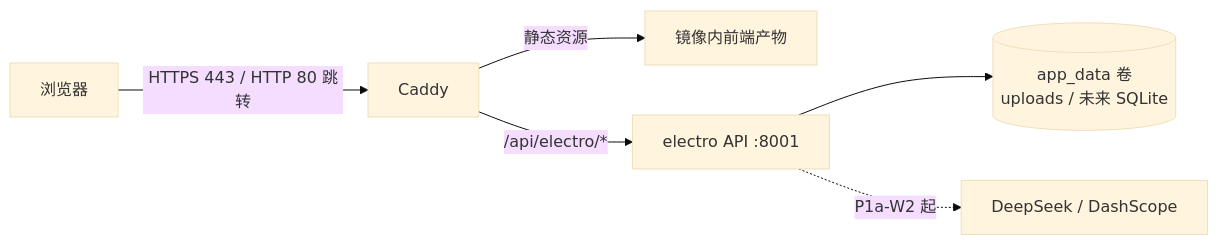
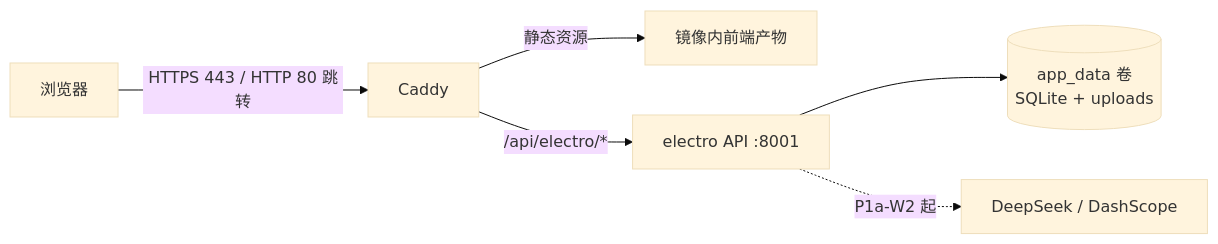
The first of 3 diagrams in docs/ARCHITECTURE.md (wenjian465276871-arch/matrix-hub), drawn with Mermaid (base theme) before and after one commit. The commit also changed other lines of this file and 9 other files, not shown here.

````diff
--- a/docs/ARCHITECTURE.md
+++ b/docs/ARCHITECTURE.md
@@ -8,8 +8,8 @@
 ```mermaid
 flowchart LR
   U[浏览器] -->|HTTPS 443 / HTTP 80 跳转| C[Caddy]
   C -->|静态资源| S[镜像内前端产物]
   C -->|/api/electro/*| E[electro API :8001]
-  E --> D[(app_data 卷<br/>uploads / 未来 SQLite)]
+  E --> D[(app_data 卷<br/>SQLite + uploads)]
   E -.->|P1a-W2 起| L[DeepSeek / DashScope]
 ```
````
